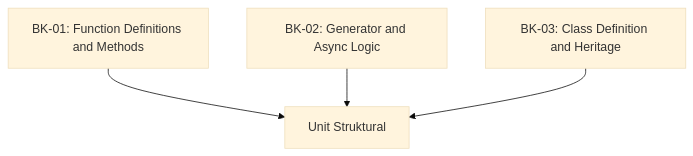
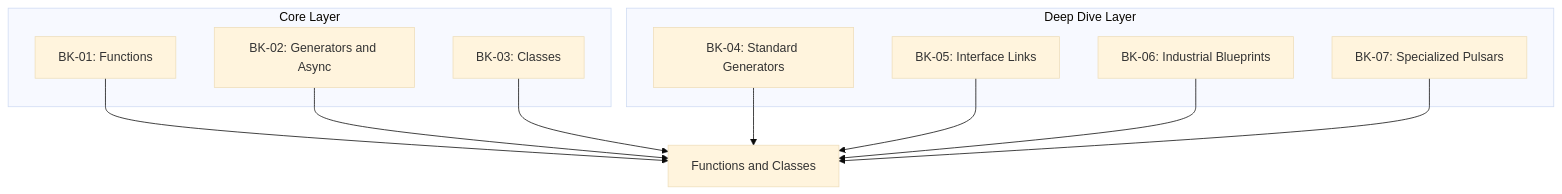
Before and after one commit to syahputrawork98-sketch/JavaScript-Learning-Hub: the diagram in RAK-04-core-specification/SR-09-functions-and-classes/README.md, drawn with Mermaid (base theme). The commit also changed other lines of this file and 138 other files, not shown here.

````diff
--- a/RAK-04-core-specification/SR-09-functions-and-classes/README.md
+++ b/RAK-04-core-specification/SR-09-functions-and-classes/README.md
@@ -12,6 +12,23 @@
 ```mermaid
 graph TD
-    P1["BK-01: Function Definitions and Methods"] --> Core["Unit Struktural"]
-    P2["BK-02: Generator and Async Logic"] --> Core
-    P3["BK-03: Class Definition and Heritage"] --> Core
+    subgraph CoreLayer["Core Layer"]
+        P1["BK-01: Functions"]
+        P2["BK-02: Generators and Async"]
+        P3["BK-03: Classes"]
+    end
+
+    subgraph DeepDiveLayer["Deep Dive Layer"]
+        D1["BK-04: Standard Generators"]
+        D2["BK-05: Interface Links"]
+        D3["BK-06: Industrial Blueprints"]
+        D4["BK-07: Specialized Pulsars"]
+    end
+
+    P1 --> Core["Functions and Classes"]
+    P2 --> Core
+    P3 --> Core
+    D1 --> Core
+    D2 --> Core
+    D3 --> Core
+    D4 --> Core
 ```
````
